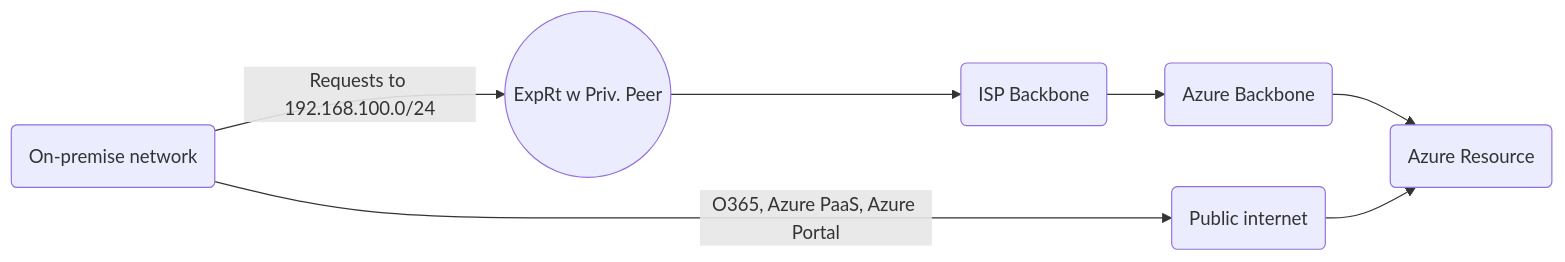
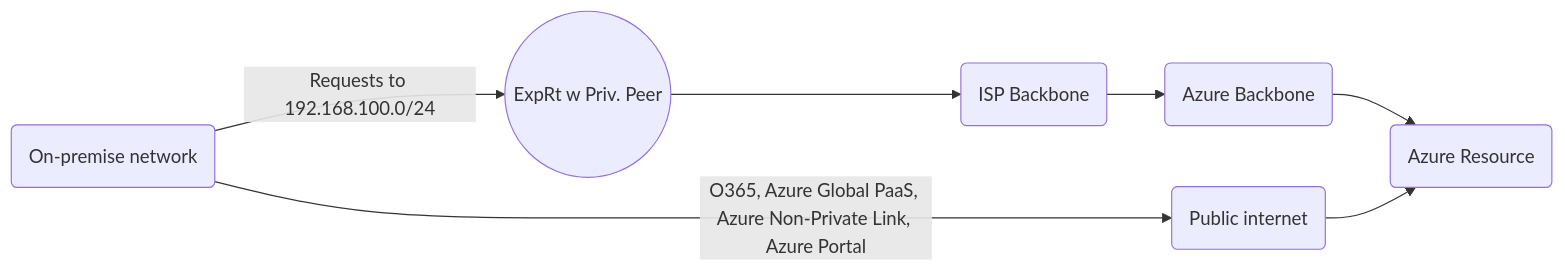
Before and after one commit to bigtoga/Examples: the second of 6 diagrams in Cloud - Azure/Azure Virtual Networks/ExpressRoute and S2S VPN.md, drawn with Mermaid. The commit also changed other lines of this file, not shown here.

````diff
--- a/Cloud - Azure/Azure Virtual Networks/ExpressRoute and S2S VPN.md
+++ b/Cloud - Azure/Azure Virtual Networks/ExpressRoute and S2S VPN.md
@@ -84,9 +88,9 @@
 ```mermaid
 graph LR
     A(On-premise network) -- Requests to 192.168.100.0/24 --> B((ExpRt w Priv. Peer))
     B --> C(ISP Backbone)
     C --> D(Azure Backbone)
     D --> E(Azure Resource)
-    A -- O365, Azure PaaS, Azure Portal --> F(Public internet)
+    A -- O365, Azure Global PaaS, Azure Non-Private Link, Azure Portal --> F(Public internet)
     F --> E
 ```    
````
